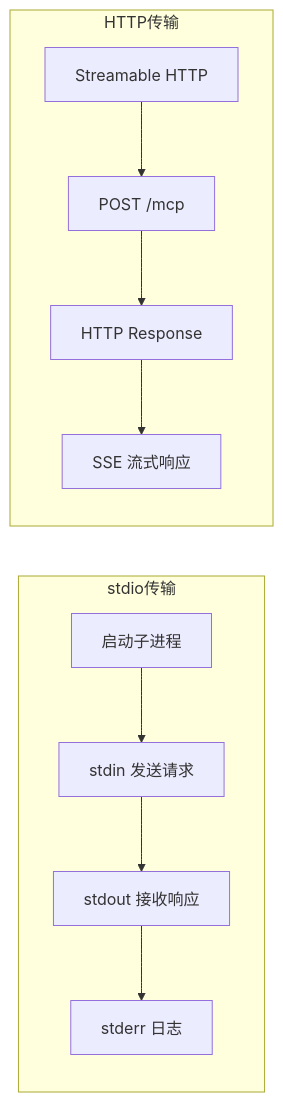
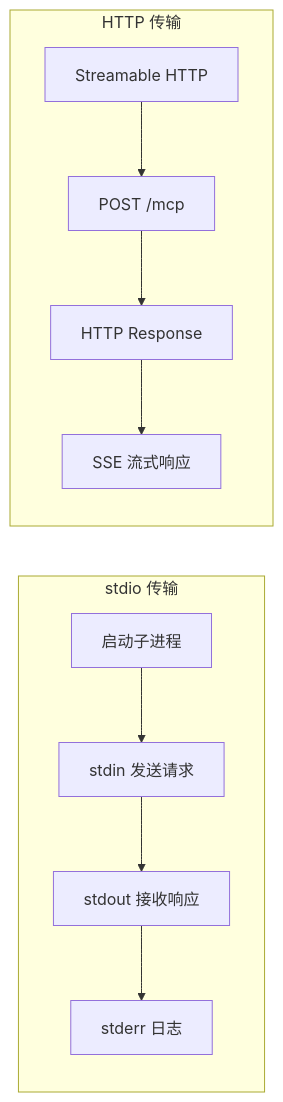
One commit to awesome-flexloop/awesome-okf changed the sixth of 9 diagrams in doc/bundles/jishu/ai/products/open-code-review/concepts/03-tools-mcp.md. Above: the diagram before and after it, drawn with Mermaid. The commit also changed other lines of this file and 10 other files, not shown here.

First line of the commit message:
docs(bundle): 清偿 Open Code Review 存量 Mermaid 违规避免规范漂移累积

````diff
--- a/doc/bundles/jishu/ai/products/open-code-review/concepts/03-tools-mcp.md
+++ b/doc/bundles/jishu/ai/products/open-code-review/concepts/03-tools-mcp.md
@@ -573,14 +564,13 @@
 ```mermaid
 graph LR
-    subgraph stdio传输
+    subgraph STDIO ["stdio 传输"]
         CMD["启动子进程"] --> STDIN["stdin 发送请求"]
         STDIN --> STDOUT["stdout 接收响应"]
         STDOUT --> STDERR["stderr 日志"]
     end
-
-    subgraph HTTP传输
+    subgraph HTTP_TRANSPORT ["HTTP 传输"]
         HTTP["Streamable HTTP"] --> URL["POST /mcp"]
         URL --> RESP["HTTP Response"]
         RESP --> SSE["SSE 流式响应"]
     end
 ```
````
